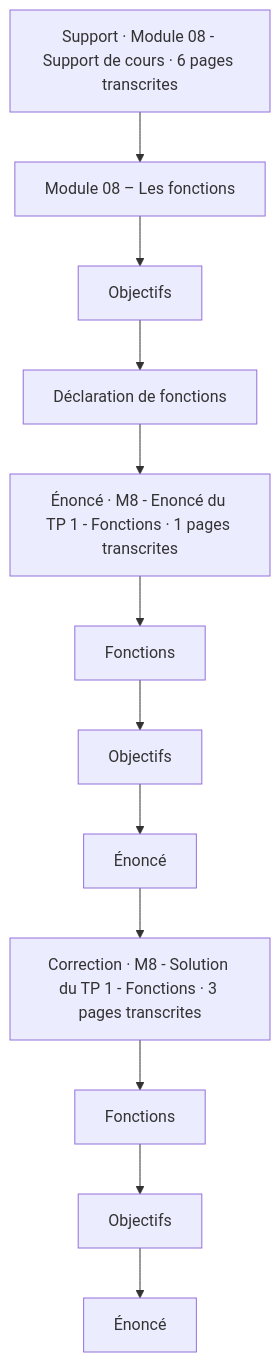
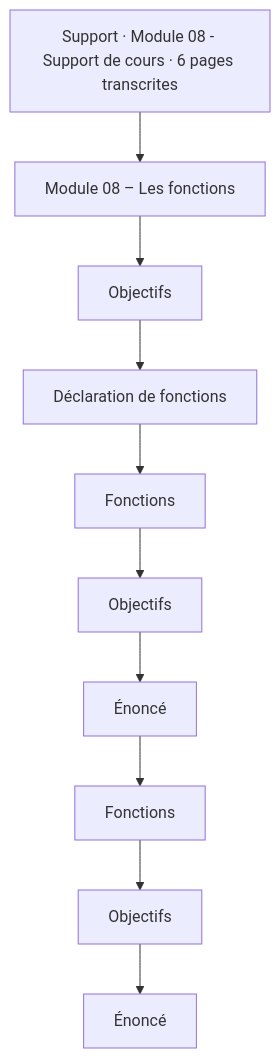
The first of 3 diagrams in docs/modules/11-initiation-scripting-bash/module-08-les-fonctions.md (sk34pk25/tssr-cours), drawn with Mermaid before and after one commit. The commit also changed other lines of this file and 108 other files, not shown here.

````diff
--- a/docs/modules/11-initiation-scripting-bash/module-08-les-fonctions.md
+++ b/docs/modules/11-initiation-scripting-bash/module-08-les-fonctions.md
@@ -22,26 +22,22 @@
 ```mermaid
 flowchart TD
     N1["Support · Module 08 - Support de cours · 6 pages transcrites"]
     N2["Module 08 – Les fonctions"]
     N3["Objectifs"]
     N4["Déclaration de fonctions"]
-    N5["Énoncé · M8 - Enoncé du TP 1 - Fonctions · 1 pages transcrites"]
     N6["Fonctions"]
     N7["Objectifs"]
     N8["Énoncé"]
-    N9["Correction · M8 - Solution du TP 1 - Fonctions · 3 pages transcrites"]
     N10["Fonctions"]
     N11["Objectifs"]
     N12["Énoncé"]
     N1 --> N2
     N2 --> N3
     N3 --> N4
-    N4 --> N5
-    N5 --> N6
+    N4 --> N6
     N6 --> N7
     N7 --> N8
-    N8 --> N9
-    N9 --> N10
+    N8 --> N10
     N10 --> N11
     N11 --> N12
 ```
````
